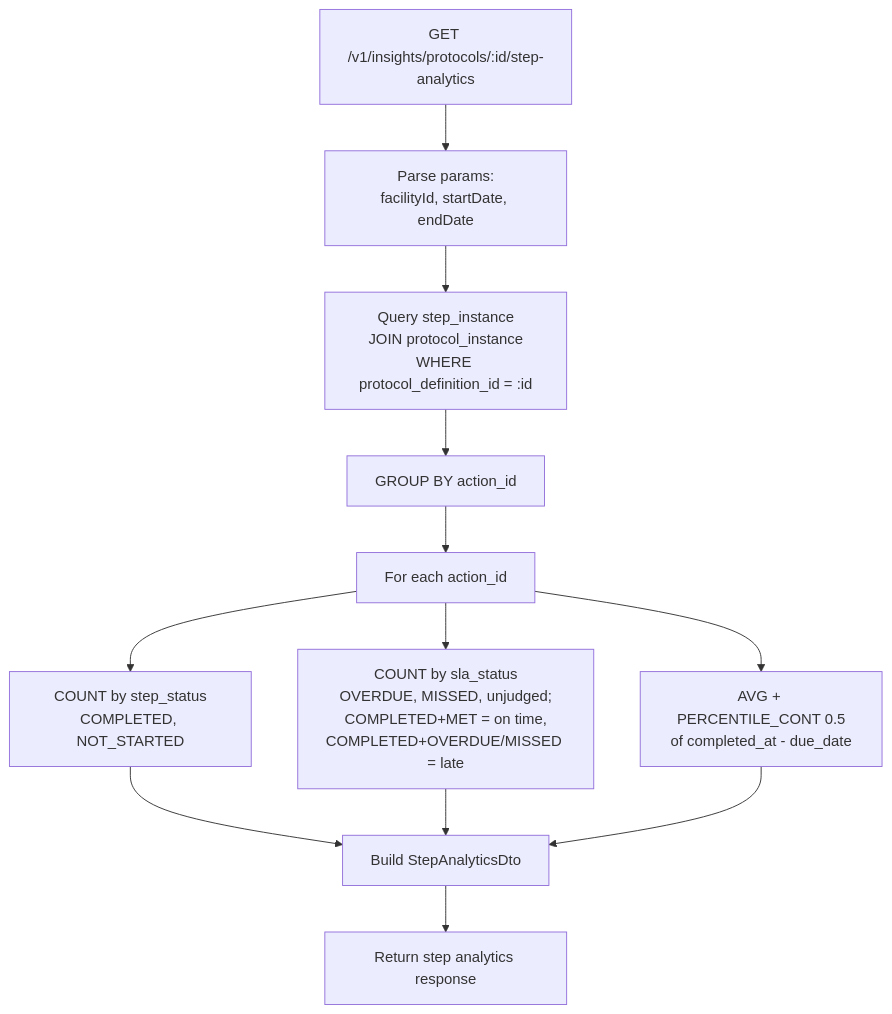
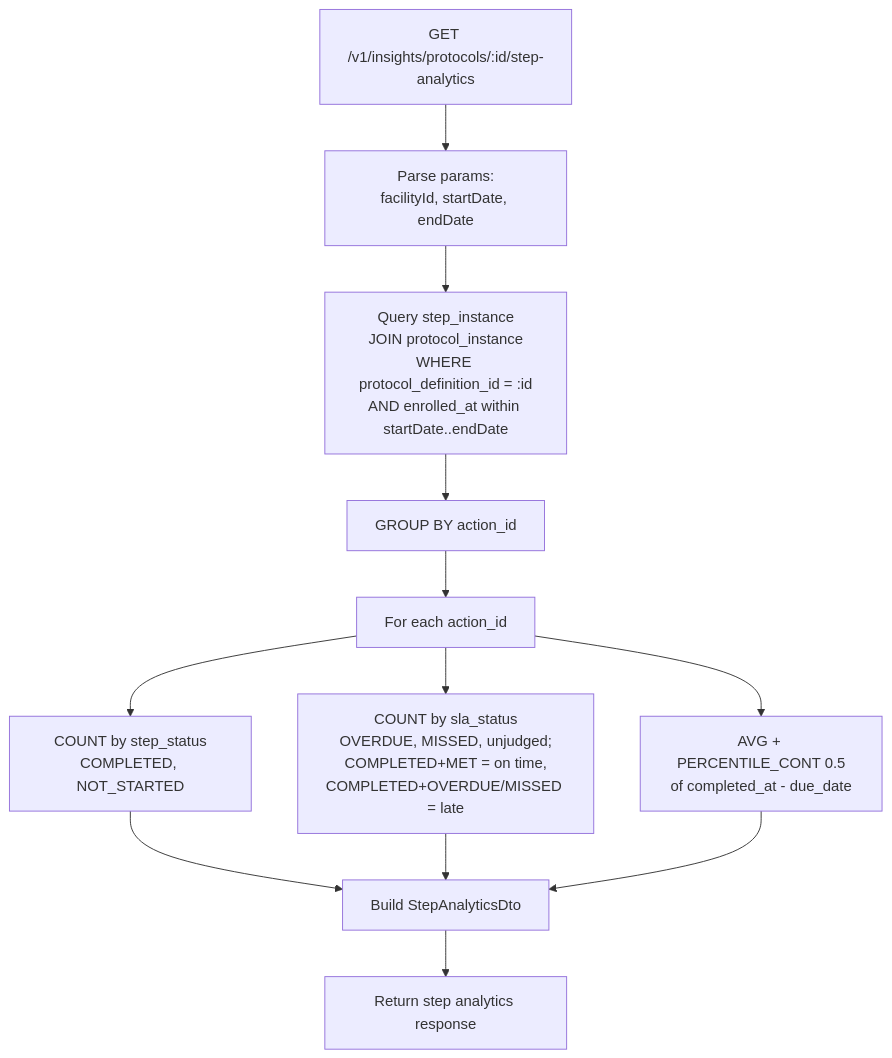
One commit to ishashankakkasali/cce-insights-service changed diagram 11 of 32 in docs/flow-diagrams.md. Above: the diagram before and after it, drawn with Mermaid. The commit also changed 13 other files, not shown here.

First line of the commit message:
CCE-147: Filter compliance summary and protocol analytics by enrolment date

````diff
--- a/docs/flow-diagrams.md
+++ b/docs/flow-diagrams.md
@@ -232,17 +232,17 @@
 ```mermaid
 flowchart TD
     A[GET /v1/insights/protocols/:id/step-analytics] --> B[Parse params:<br/>facilityId, startDate, endDate]
-    B --> C[Query step_instance<br/>JOIN protocol_instance<br/>WHERE protocol_definition_id = :id]
+    B --> C[Query step_instance<br/>JOIN protocol_instance<br/>WHERE protocol_definition_id = :id<br/>AND enrolled_at within startDate..endDate]
     C --> D[GROUP BY action_id]
     D --> E[For each action_id]
 
     E --> F[COUNT by step_status<br/>COMPLETED, NOT_STARTED]
     E --> G[COUNT by sla_status<br/>OVERDUE, MISSED, unjudged;<br/>COMPLETED+MET = on time,<br/>COMPLETED+OVERDUE/MISSED = late]
     E --> H[AVG + PERCENTILE_CONT 0.5<br/>of completed_at - due_date]
 
     F --> I[Build StepAnalyticsDto]
     G --> I
     H --> I
 
     I --> J[Return step analytics response]
 ```
````
